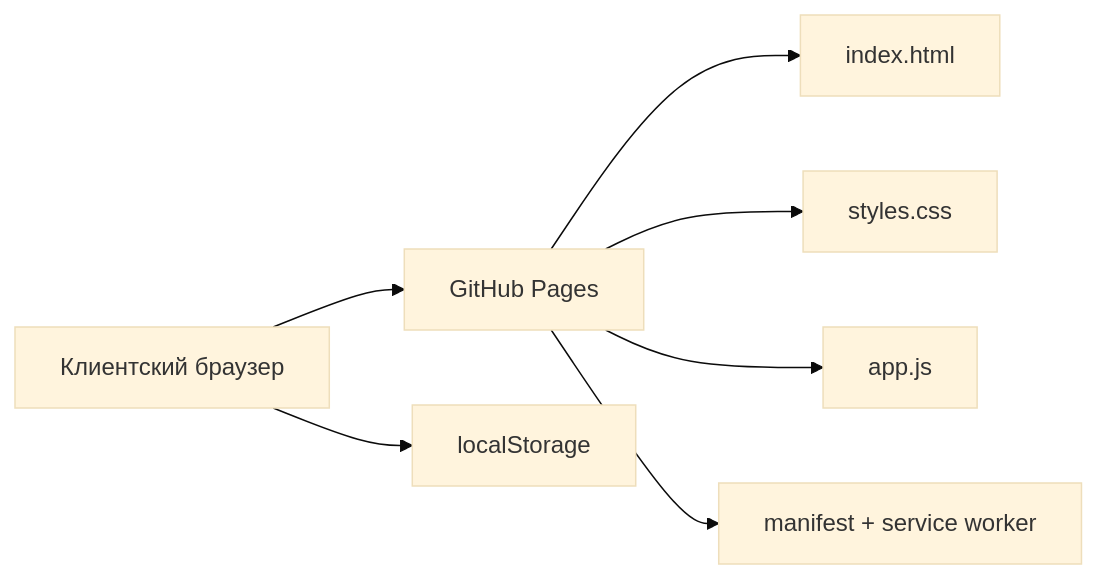
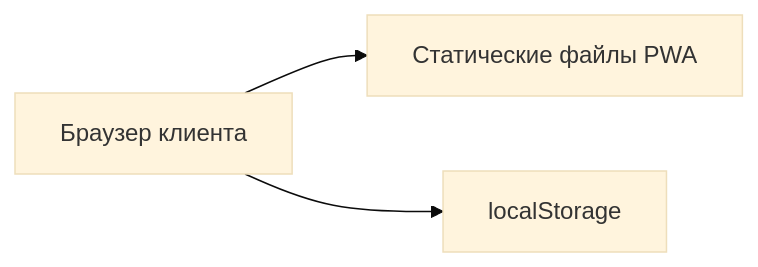
One commit to encento/shaverma-bn changed the first of 3 diagrams in docs/ARCHITECTURE.md. Above: the diagram before and after it, drawn with Mermaid (base theme). The commit also changed other lines of this file and 6 other files, not shown here.

````diff
--- a/docs/ARCHITECTURE.md
+++ b/docs/ARCHITECTURE.md
@@ -24,9 +19,5 @@
 ```mermaid
 flowchart LR
-    A[Клиентский браузер] --> B[GitHub Pages]
-    B --> C[index.html]
-    B --> D[styles.css]
-    B --> E[app.js]
-    B --> F[manifest + service worker]
-    A --> G[localStorage]
+    A[Браузер клиента] --> B[Статические файлы PWA]
+    A --> C[localStorage]
 ```
````
